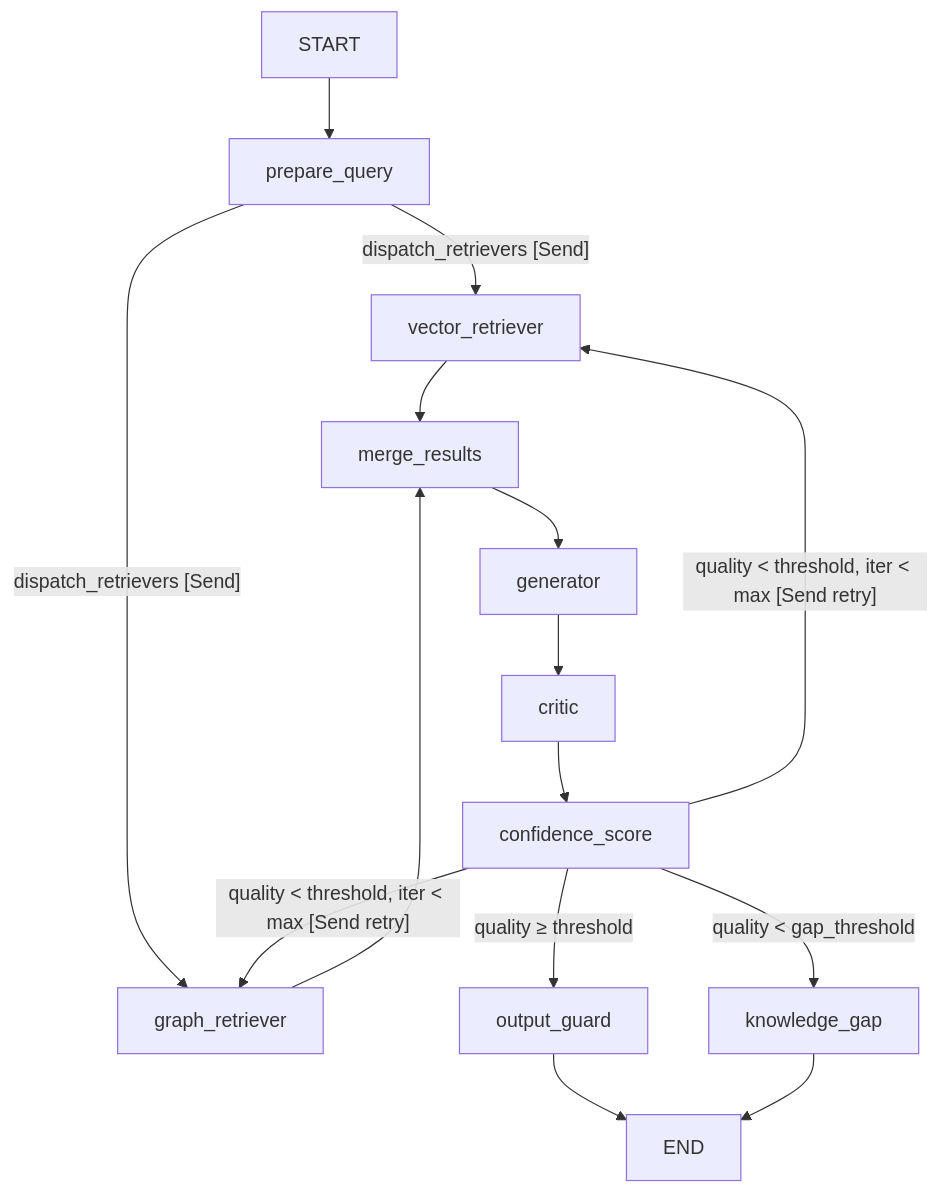
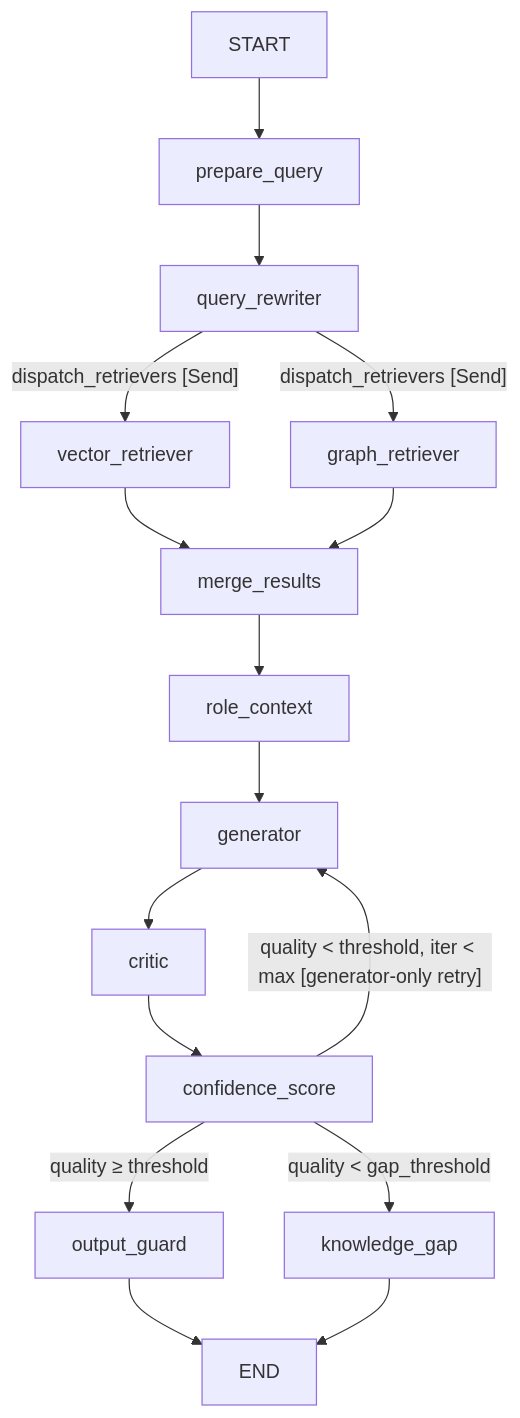
Before and after one commit to alesoid/Synapse: the first of 3 diagrams in docs/ADD.md, drawn with Mermaid. The commit also changed other lines of this file and 13 other files, not shown here.

````diff
--- a/docs/ADD.md
+++ b/docs/ADD.md
@@ -134,17 +136,18 @@
 ```mermaid
 graph TD
     START --> prepare_query
-    prepare_query -->|"dispatch_retrievers [Send]"| vector_retriever
-    prepare_query -->|"dispatch_retrievers [Send]"| graph_retriever
+    prepare_query --> query_rewriter
+    query_rewriter -->|"dispatch_retrievers [Send]"| vector_retriever
+    query_rewriter -->|"dispatch_retrievers [Send]"| graph_retriever
     vector_retriever --> merge_results
     graph_retriever --> merge_results
-    merge_results --> generator
+    merge_results --> role_context
+    role_context --> generator
     generator --> critic
     critic --> confidence_score
     confidence_score -->|"quality ≥ threshold"| output_guard
     confidence_score -->|"quality < gap_threshold"| knowledge_gap
-    confidence_score -->|"quality < threshold, iter < max [Send retry]"| vector_retriever
-    confidence_score -->|"quality < threshold, iter < max [Send retry]"| graph_retriever
+    confidence_score -->|"quality < threshold, iter < max [generator-only retry]"| generator
     output_guard --> END
     knowledge_gap --> END
 ```
````
